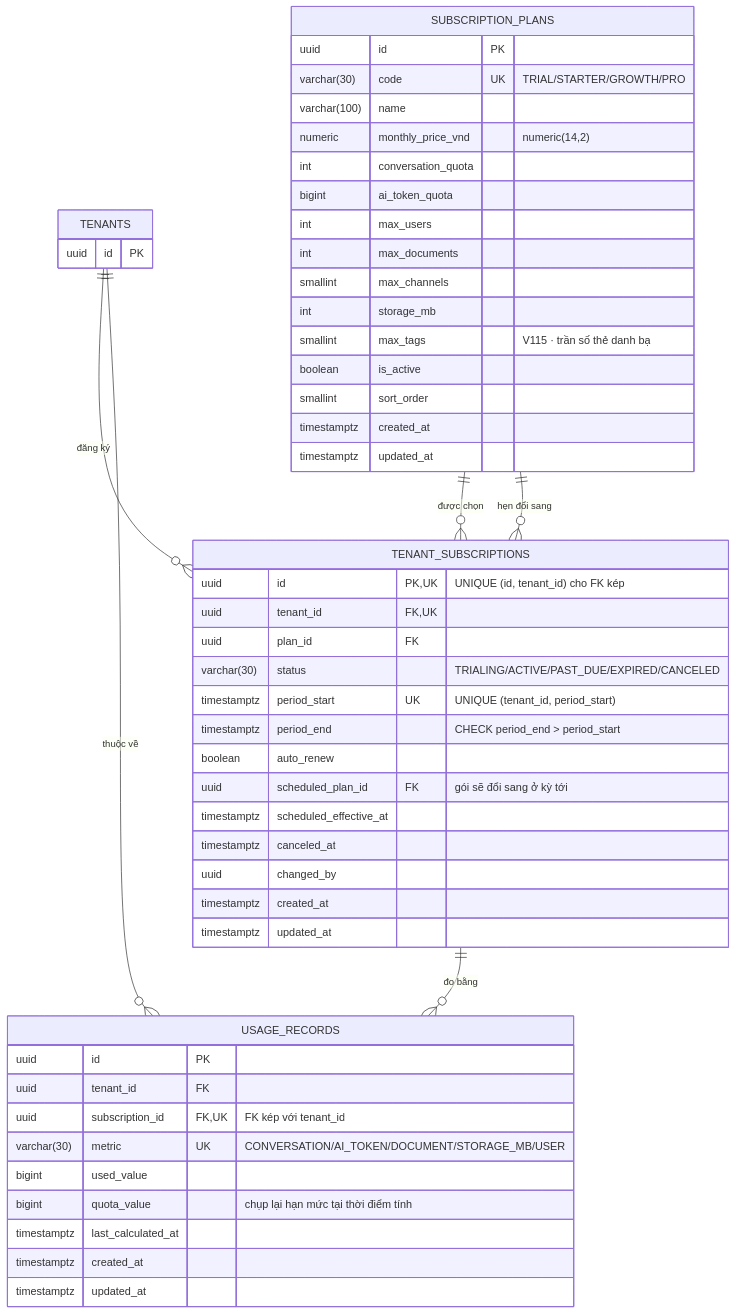
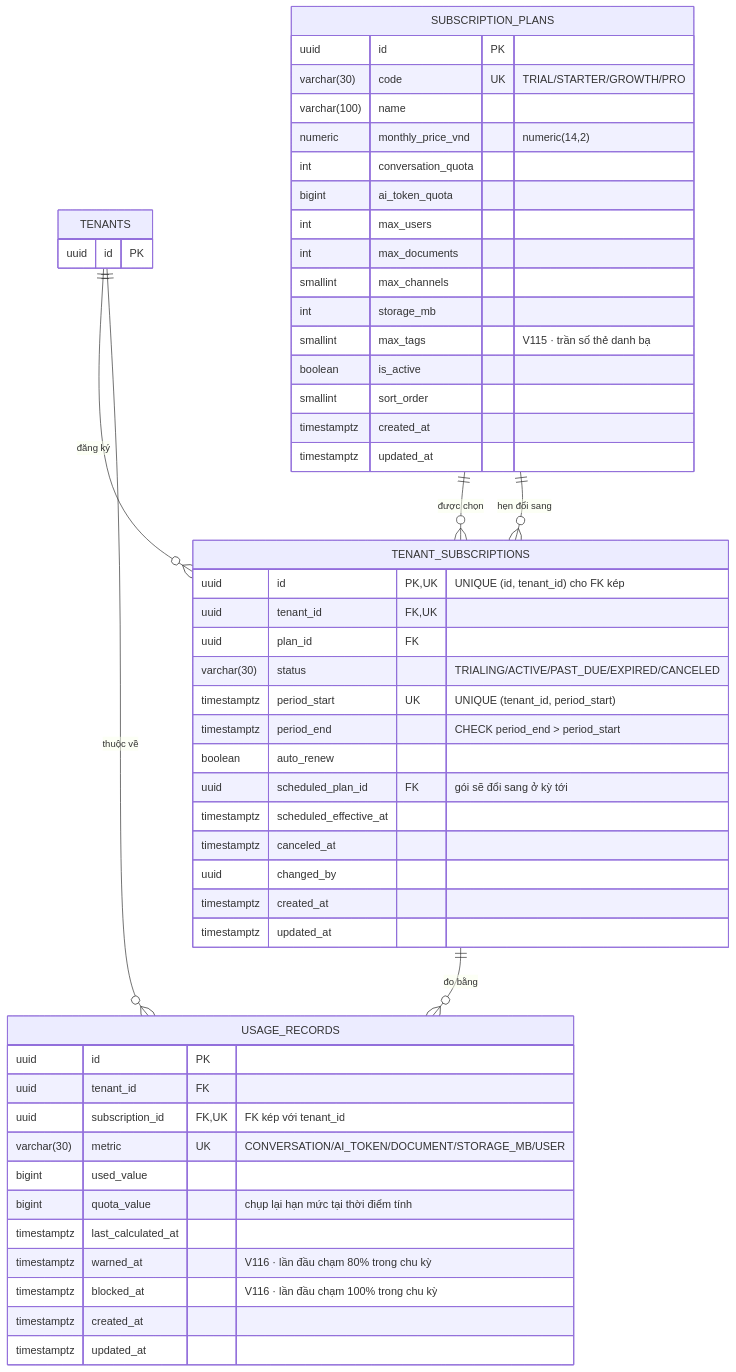
Before and after one commit to KhanhLanBui03/ai-crm-chatbot-platform: the fourth of 10 diagrams in docs/erd-mermaid.md, drawn with Mermaid. The commit also changed other lines of this file and 59 other files, not shown here.

````diff
--- a/docs/erd-mermaid.md
+++ b/docs/erd-mermaid.md
@@ -225,55 +225,57 @@
 ```mermaid
 erDiagram
     TENANTS {
         uuid id PK
     }
     SUBSCRIPTION_PLANS {
         uuid          id                 PK
         varchar(30)   code               UK "TRIAL/STARTER/GROWTH/PRO"
         varchar(100)  name
         numeric       monthly_price_vnd     "numeric(14,2)"
         int           conversation_quota
         bigint        ai_token_quota
         int           max_users
         int           max_documents
         smallint      max_channels
         int           storage_mb
         smallint      max_tags              "V115 · trần số thẻ danh bạ"
         boolean       is_active
         smallint      sort_order
         timestamptz   created_at
         timestamptz   updated_at
     }
     TENANT_SUBSCRIPTIONS {
         uuid        id                     PK,UK "UNIQUE (id, tenant_id) cho FK kép"
         uuid        tenant_id              FK,UK
         uuid        plan_id                FK
         varchar(30) status                       "TRIALING/ACTIVE/PAST_DUE/EXPIRED/CANCELED"
         timestamptz period_start           UK    "UNIQUE (tenant_id, period_start)"
         timestamptz period_end                   "CHECK period_end > period_start"
         boolean     auto_renew
         uuid        scheduled_plan_id      FK    "gói sẽ đổi sang ở kỳ tới"
         timestamptz scheduled_effective_at
         timestamptz canceled_at
         uuid        changed_by
         timestamptz created_at
         timestamptz updated_at
     }
     USAGE_RECORDS {
         uuid        id                 PK
         uuid        tenant_id          FK
         uuid        subscription_id    FK,UK "FK kép với tenant_id"
         varchar(30) metric             UK    "CONVERSATION/AI_TOKEN/DOCUMENT/STORAGE_MB/USER"
         bigint      used_value
         bigint      quota_value              "chụp lại hạn mức tại thời điểm tính"
         timestamptz last_calculated_at
+        timestamptz warned_at                "V116 · lần đầu chạm 80% trong chu kỳ"
+        timestamptz blocked_at               "V116 · lần đầu chạm 100% trong chu kỳ"
         timestamptz created_at
         timestamptz updated_at
     }
 
     TENANTS              ||--o{ TENANT_SUBSCRIPTIONS : "đăng ký"
     SUBSCRIPTION_PLANS   ||--o{ TENANT_SUBSCRIPTIONS : "được chọn"
     SUBSCRIPTION_PLANS   ||--o{ TENANT_SUBSCRIPTIONS : "hẹn đổi sang"
     TENANT_SUBSCRIPTIONS ||--o{ USAGE_RECORDS        : "đo bằng"
     TENANTS              ||--o{ USAGE_RECORDS        : "thuộc về"
 ```
````
